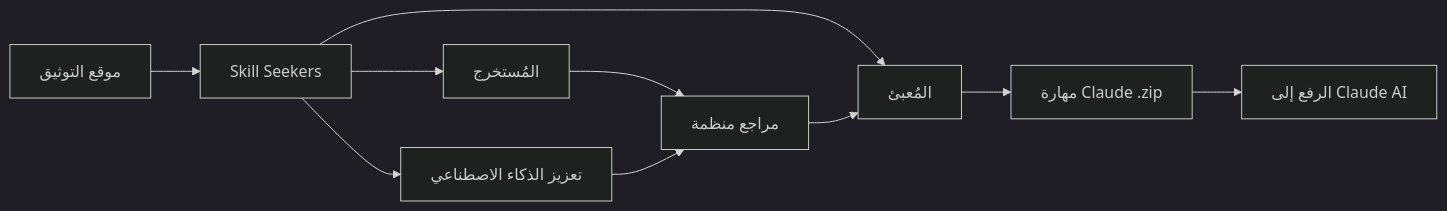
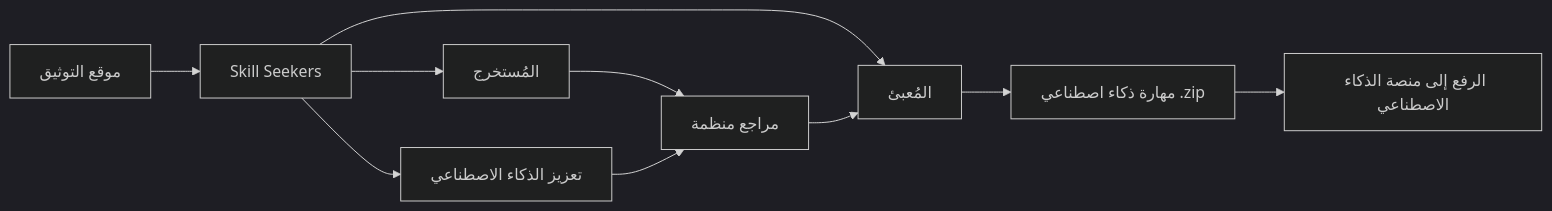
The diagram in README.ar.md (yusufkaraaslan/Skill_Seekers), drawn with Mermaid (dark theme) before and after one commit. The commit also changed other lines of this file and 38 other files, not shown here.

````diff
--- a/README.ar.md
+++ b/README.ar.md
@@ -765,12 +968,12 @@
 ```mermaid
 graph LR
     A[موقع التوثيق] --> B[Skill Seekers]
     B --> C[المُستخرج]
     B --> D[تعزيز الذكاء الاصطناعي]
     B --> E[المُعبئ]
     C --> F[مراجع منظمة]
     D --> F
     F --> E
-    E --> G[مهارة Claude .zip]
-    G --> H[الرفع إلى Claude AI]
+    E --> G[مهارة ذكاء اصطناعي .zip]
+    G --> H[الرفع إلى منصة الذكاء الاصطناعي]
 ```
````
